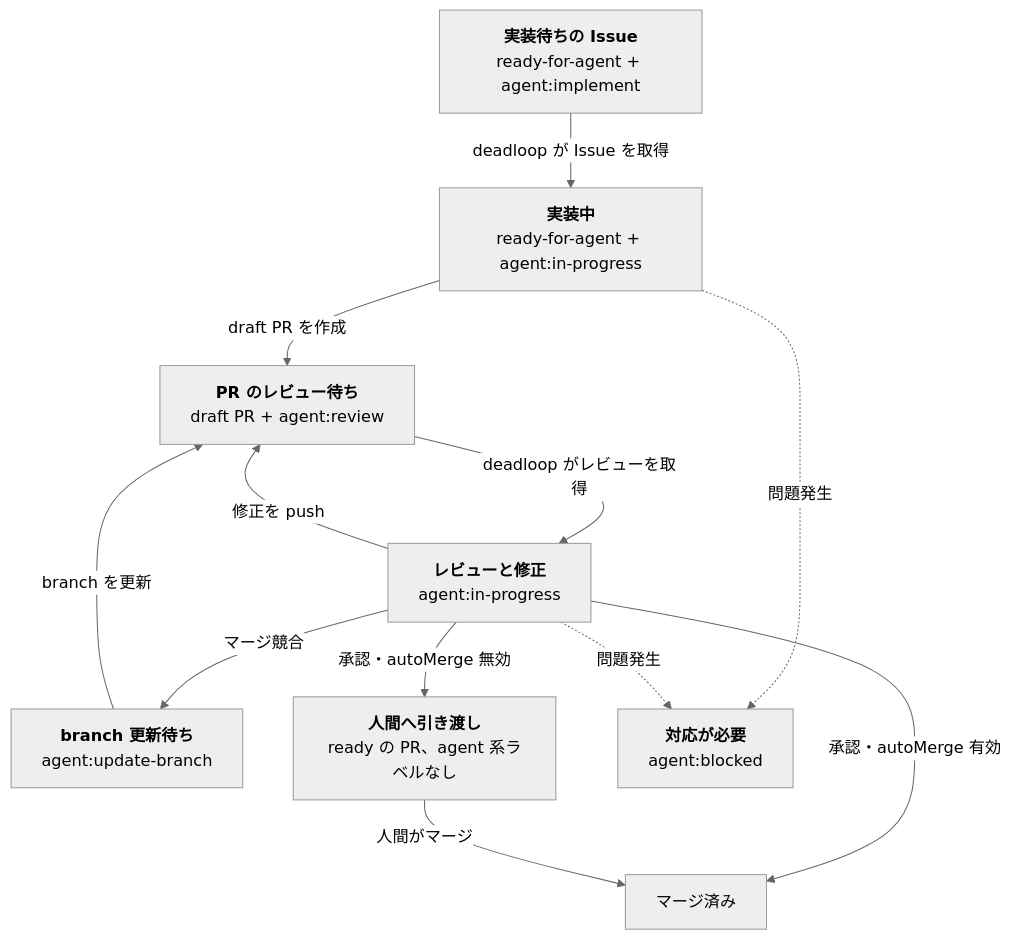
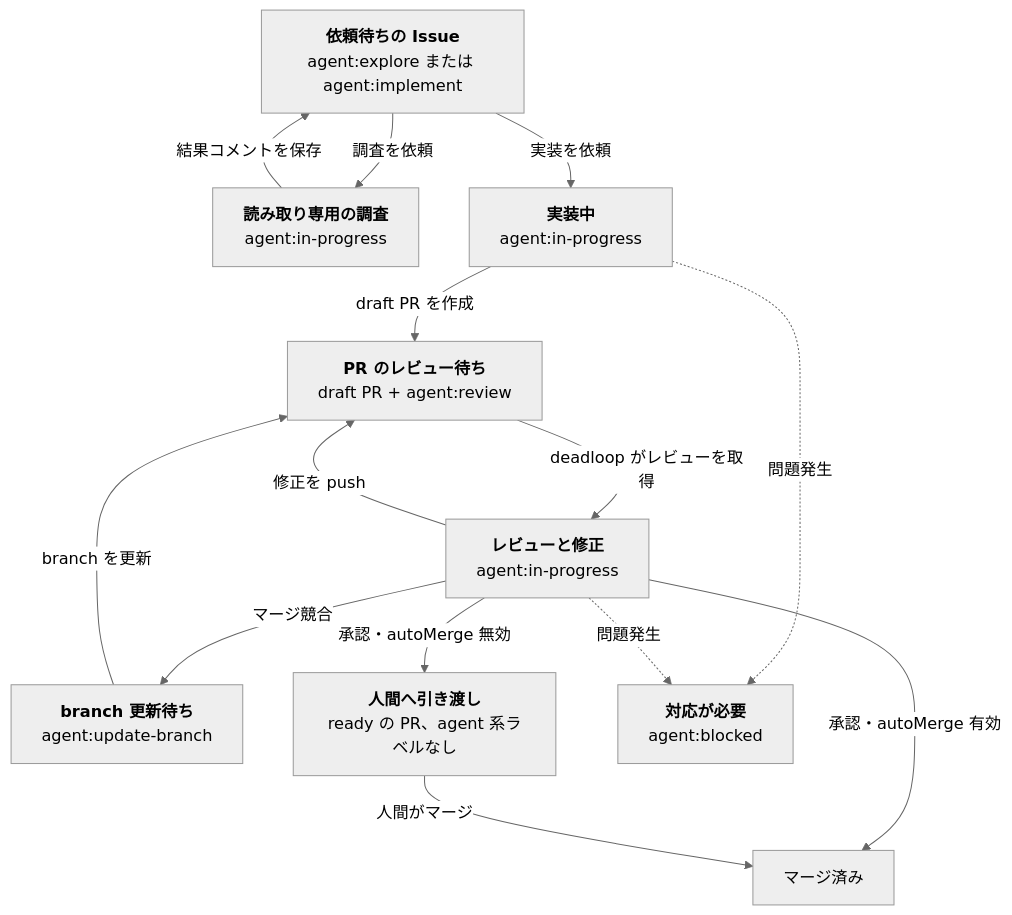
One commit to yasuhito/deadloop changed the diagram in README.ja.md. Above: the diagram before and after it, drawn with Mermaid (neutral theme). The commit also changed other lines of this file and 29 other files, not shown here.

Commit message:
feat: process issue agent requests with exploration

````diff
--- a/README.ja.md
+++ b/README.ja.md
@@ -55,30 +54,34 @@
 ```mermaid
 flowchart TD
-    I["`**実装待ちの Issue**
-    ready-for-agent + agent:implement`"]
+    I["`**依頼待ちの Issue**
+    agent:explore または agent:implement`"]
+    E["`**読み取り専用の調査**
+    agent:in-progress`"]
     W["`**実装中**
-    ready-for-agent + agent:in-progress`"]
+    agent:in-progress`"]
     R["`**PR のレビュー待ち**
     draft PR + agent:review`"]
     V["`**レビューと修正**
     agent:in-progress`"]
     U["`**branch 更新待ち**
     agent:update-branch`"]
     H["`**人間へ引き渡し**
     ready の PR、agent 系ラベルなし`"]
     M["マージ済み"]
     B["`**対応が必要**
     agent:blocked`"]
 
-    I -->|deadloop が Issue を取得| W
+    I -->|調査を依頼| E
+    E -->|結果コメントを保存| I
+    I -->|実装を依頼| W
     W -->|draft PR を作成| R
     R -->|deadloop がレビューを取得| V
     V -->|修正を push| R
     V -->|マージ競合| U
     U -->|branch を更新| R
     V -->|承認・autoMerge 無効| H
     V -->|承認・autoMerge 有効| M
     H -->|人間がマージ| M
     W -. 問題発生 .-> B
     V -. 問題発生 .-> B
 ```
````
